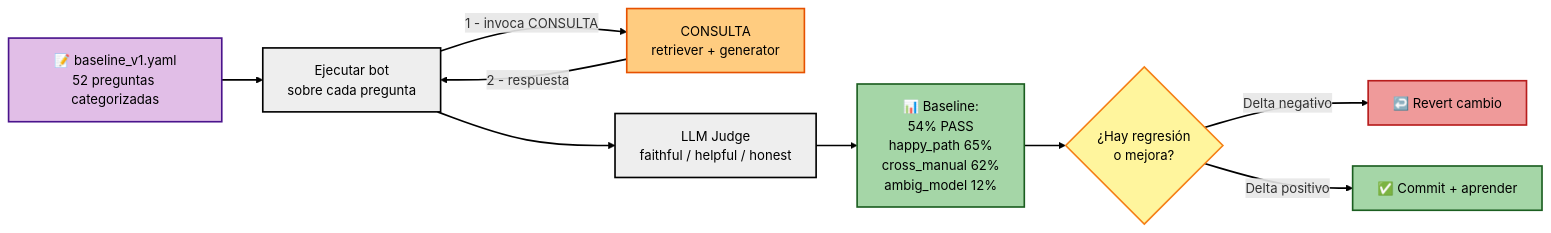
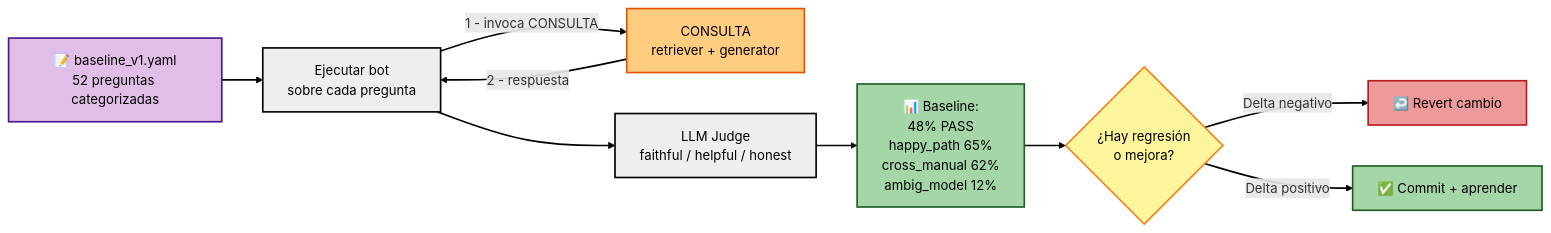
One commit to albertofontiber/technical_bot changed the second of 8 diagrams in docs/ARCHITECTURE.md. Above: the diagram before and after it, drawn with Mermaid. The commit also changed other lines of this file, not shown here.

First line of the commit message:
ARCHITECTURE.md: refresh stale corpus figures post-sesión 13

````diff
--- a/docs/ARCHITECTURE.md
+++ b/docs/ARCHITECTURE.md
@@ -96,22 +96,22 @@
 ```mermaid
 flowchart LR
     YAML[📝 baseline_v1.yaml<br>52 preguntas categorizadas] --> Runner[Ejecutar bot<br>sobre cada pregunta]
     Runner ==>|1 - invoca CONSULTA| Pipeline[CONSULTA<br>retriever + generator]
     Pipeline ==>|2 - respuesta| Runner
     Runner --> Judge[LLM Judge<br>faithful / helpful / honest]
-    Judge --> Metric[📊 Baseline:<br>54% PASS<br>happy_path 65%<br>cross_manual 62%<br>ambig_model 12%]
+    Judge --> Metric[📊 Baseline:<br>48% PASS<br>happy_path 65%<br>cross_manual 62%<br>ambig_model 12%]
     Metric --> Decision{¿Hay regresión<br>o mejora?}
     Decision -->|Delta negativo| Rollback[↩️ Revert cambio]
     Decision -->|Delta positivo| Commit[✅ Commit + aprender]
 
     style YAML fill:#e1bee7,stroke:#4a148c,color:#000000,stroke-width:2px
     style Pipeline fill:#ffcc80,stroke:#e65100,color:#000000,stroke-width:2px
     style Metric fill:#a5d6a7,stroke:#1b5e20,color:#000000,stroke-width:2px
     style Runner fill:#eeeeee,stroke:#000000,color:#000000,stroke-width:2px
     style Judge fill:#eeeeee,stroke:#000000,color:#000000,stroke-width:2px
     style Decision fill:#fff59d,stroke:#f57f17,color:#000000,stroke-width:2px
     style Rollback fill:#ef9a9a,stroke:#b71c1c,color:#000000,stroke-width:2px
     style Commit fill:#a5d6a7,stroke:#1b5e20,color:#000000,stroke-width:2px
 
     linkStyle default stroke:#000000,stroke-width:2px
 ```
````
